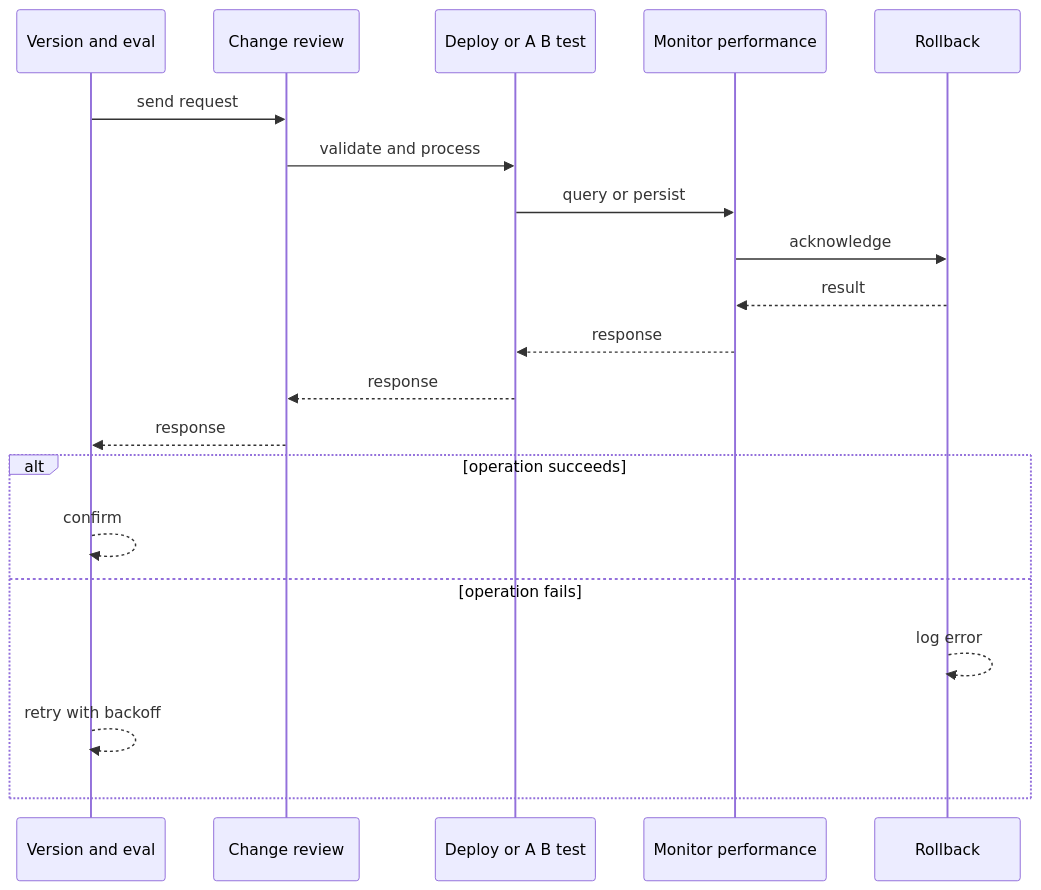
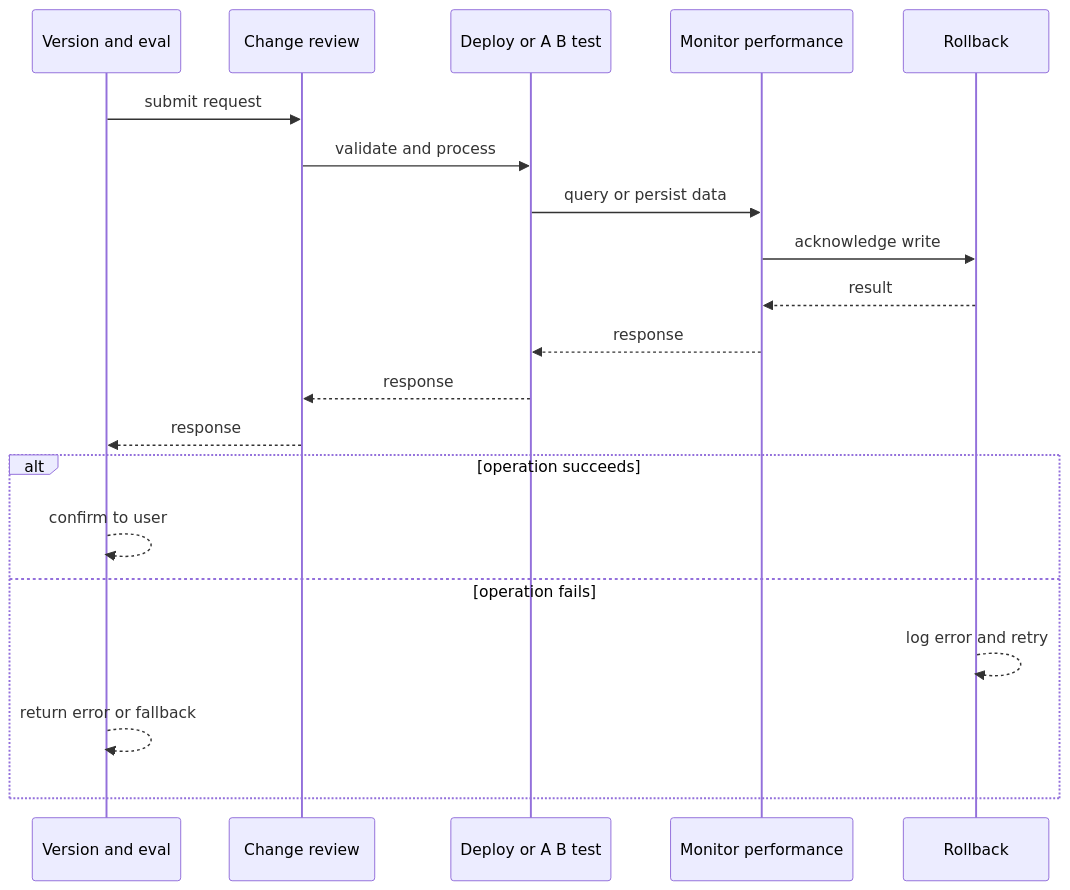
Before and after one commit to RIT-MESH/system-design-mastery: the second of 4 diagrams in case-studies/ai-systems/prompt-management-platform.md, drawn with Mermaid. The commit also changed other lines of this file and 127 other files, not shown here.

First line of the commit message:
Improve all case study diagrams: case-specific sequences, fix truncated labels

````diff
--- a/case-studies/ai-systems/prompt-management-platform.md
+++ b/case-studies/ai-systems/prompt-management-platform.md
@@ -76,23 +76,23 @@
 ```mermaid
 %% created-for: system-design-mastery
 sequenceDiagram
-  participant C0 as Version and eval
-  participant C1 as Change review
-  participant C2 as Deploy or A B test
-  participant C3 as Monitor performance
-  participant C4 as Rollback
-  C0 ->> C1: send request
-  C1 ->> C2: validate and process
-  C2 ->> C3: query or persist
-  C3 ->> C4: acknowledge
-  C4 -->> C3: result
-  C3 -->> C2: response
-  C2 -->> C1: response
-  C1 -->> C0: response
+  participant P0 as Version and eval
+  participant P1 as Change review
+  participant P2 as Deploy or A B test
+  participant P3 as Monitor performance
+  participant P4 as Rollback
+  P0 ->> P1: submit request
+  P1 ->> P2: validate and process
+  P2 ->> P3: query or persist data
+  P3 ->> P4: acknowledge write
+  P4 -->> P3: result
+  P3 -->> P2: response
+  P2 -->> P1: response
+  P1 -->> P0: response
   alt operation succeeds
-    C0 -->> C0: confirm
+    P0 -->> P0: confirm to user
   else operation fails
-    C4 -->> C4: log error
-    C0 -->> C0: retry with backoff
+    P4 -->> P4: log error and retry
+    P0 -->> P0: return error or fallback
   end
 ```
````
